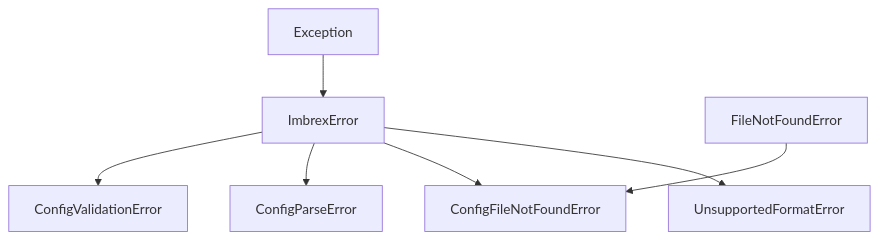
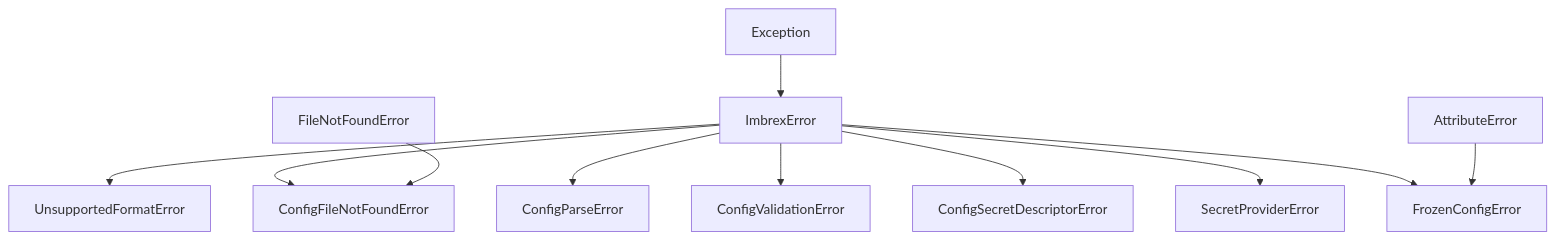
Before and after one commit to hanshannus/imbrex: the diagram in docs/api/exceptions.md, drawn with Mermaid. The commit also changed other lines of this file and 12 other files, not shown here.

Commit message:
feat: add support for frozen configuration with freeze/unfreeze methods and FrozenConfigError exception

````diff
--- a/docs/api/exceptions.md
+++ b/docs/api/exceptions.md
@@ -8,9 +8,13 @@
 ```mermaid
 graph TD
     Exception --> ImbrexError
     ImbrexError --> UnsupportedFormatError
     ImbrexError --> ConfigFileNotFoundError
     ImbrexError --> ConfigParseError
     ImbrexError --> ConfigValidationError
+    ImbrexError --> ConfigSecretDescriptorError
+    ImbrexError --> SecretProviderError
+    ImbrexError --> FrozenConfigError
     FileNotFoundError --> ConfigFileNotFoundError
+    AttributeError --> FrozenConfigError
 ```
````
